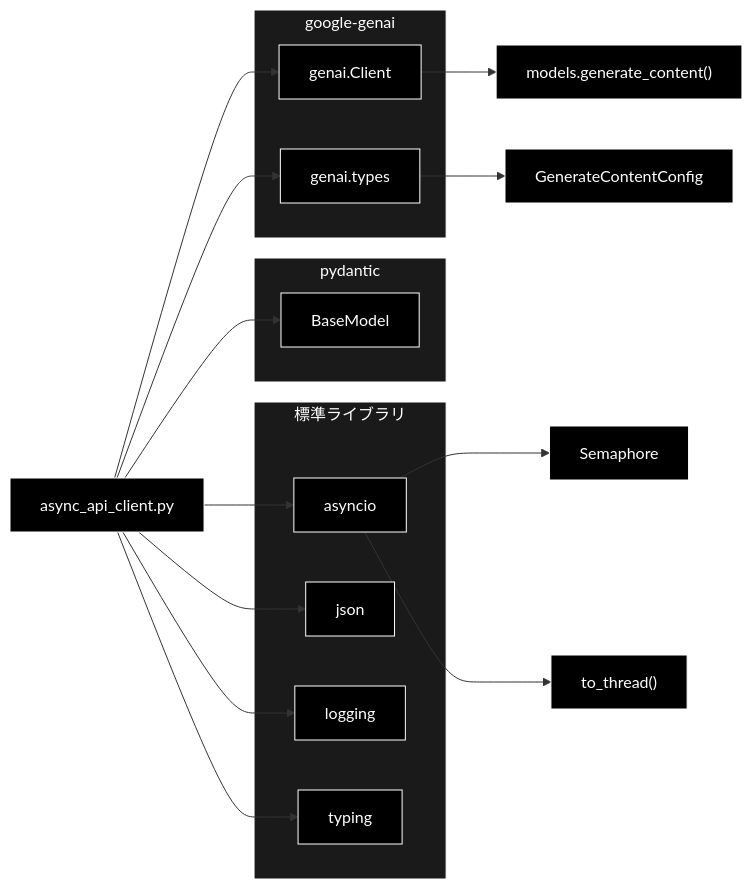
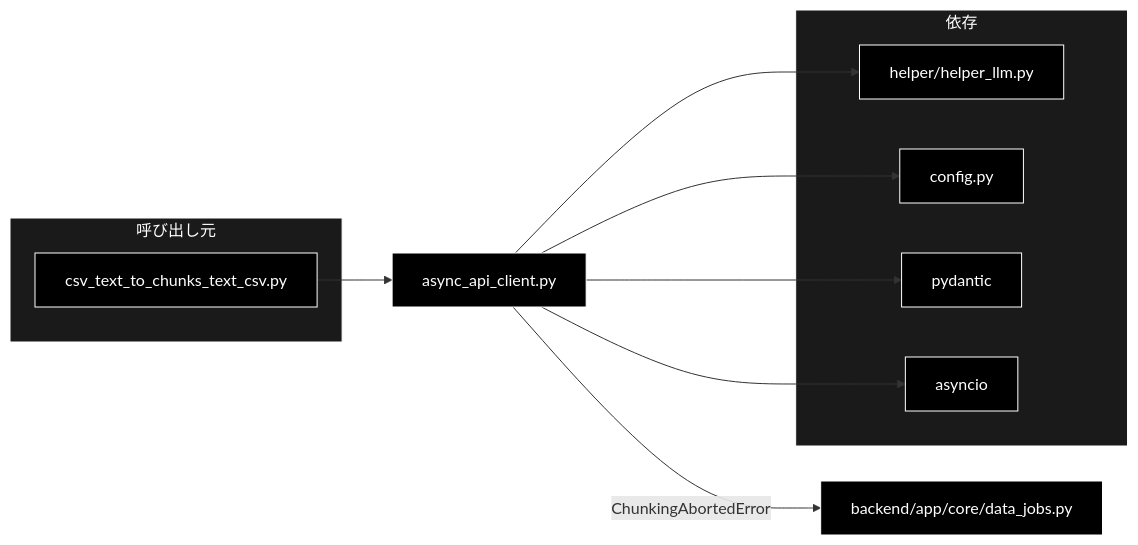
Before and after one commit to nakashima2toshio/grace_v2_local: the third of 3 diagrams in chunking/docs/async_api_client.md, drawn with Mermaid. The commit also changed other lines of this file and 22 other files, not shown here.

````diff
--- a/chunking/docs/async_api_client.md
+++ b/chunking/docs/async_api_client.md
@@ -712,39 +586,29 @@
 ```mermaid
 flowchart LR
-    ASYNC[async_api_client.py]
+    AAC["async_api_client.py"]
 
-    subgraph GOOGLE["google-genai"]
-        GENAI[genai.Client]
-        TYPES[genai.types]
+    subgraph CALLERS["呼び出し元"]
+        CSV["csv_text_to_chunks_text_csv.py"]
     end
 
-    subgraph PYDANTIC["pydantic"]
-        BASEMODEL[BaseModel]
+    subgraph DEPS["依存"]
+        HLM["helper/helper_llm.py"]
+        CFG["config.py"]
+        PYD["pydantic"]
+        ASY["asyncio"]
     end
 
-    subgraph STDLIB["標準ライブラリ"]
-        ASYNCIO[asyncio]
-        JSON[json]
-        LOGGING[logging]
-        TYPING[typing]
-    end
+    CATCH["backend/app/core/data_jobs.py"]
 
-    ASYNC --> GENAI
-    ASYNC --> TYPES
-    ASYNC --> BASEMODEL
-    ASYNC --> ASYNCIO
-    ASYNC --> JSON
-    ASYNC --> LOGGING
-    ASYNC --> TYPING
-
-    GENAI --> GEN_CONTENT["models.generate_content()"]
-    TYPES --> CONFIG["GenerateContentConfig"]
-    ASYNCIO --> SEMAPHORE["Semaphore"]
-    ASYNCIO --> TO_THREAD["to_thread()"]
+    CSV --> AAC
+    AAC --> HLM
+    AAC --> CFG
+    AAC --> PYD
+    AAC --> ASY
+    AAC -->|"ChunkingAbortedError"| CATCH
 classDef default fill:#000,stroke:#fff,color:#fff
 classDef subgraphStyle fill:#1a1a1a,stroke:#fff,color:#fff
-class ASYNC,GENAI,TYPES,BASEMODEL,ASYNCIO,JSON,LOGGING,TYPING,GEN_CONTENT,CONFIG,SEMAPHORE,TO_THREAD default
-style GOOGLE fill:#1a1a1a,stroke:#fff,color:#fff
-style PYDANTIC fill:#1a1a1a,stroke:#fff,color:#fff
-style STDLIB fill:#1a1a1a,stroke:#fff,color:#fff
+class AAC,CSV,HLM,CFG,PYD,ASY,CATCH default
+style CALLERS fill:#1a1a1a,stroke:#fff,color:#fff
+style DEPS fill:#1a1a1a,stroke:#fff,color:#fff
 ```
````
